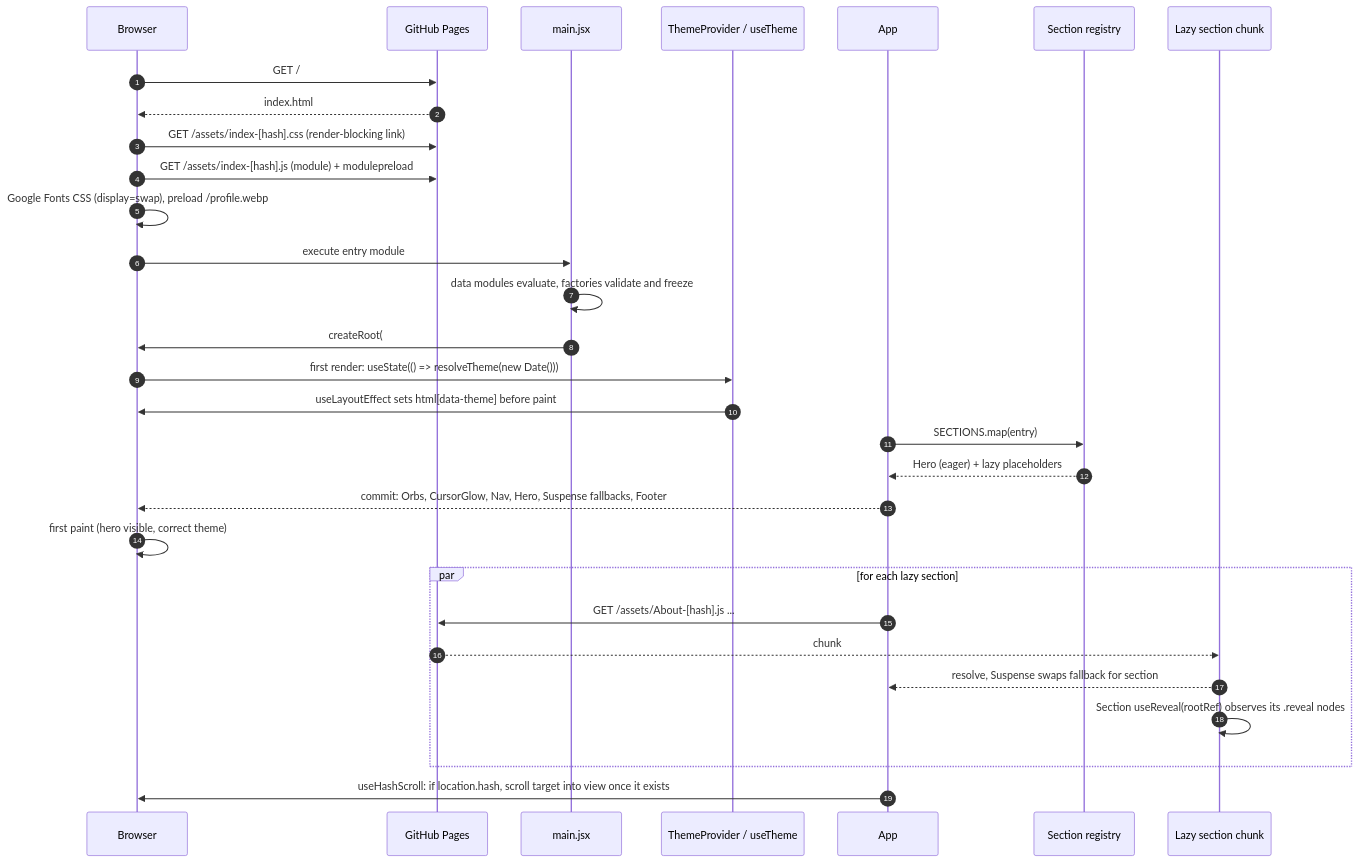
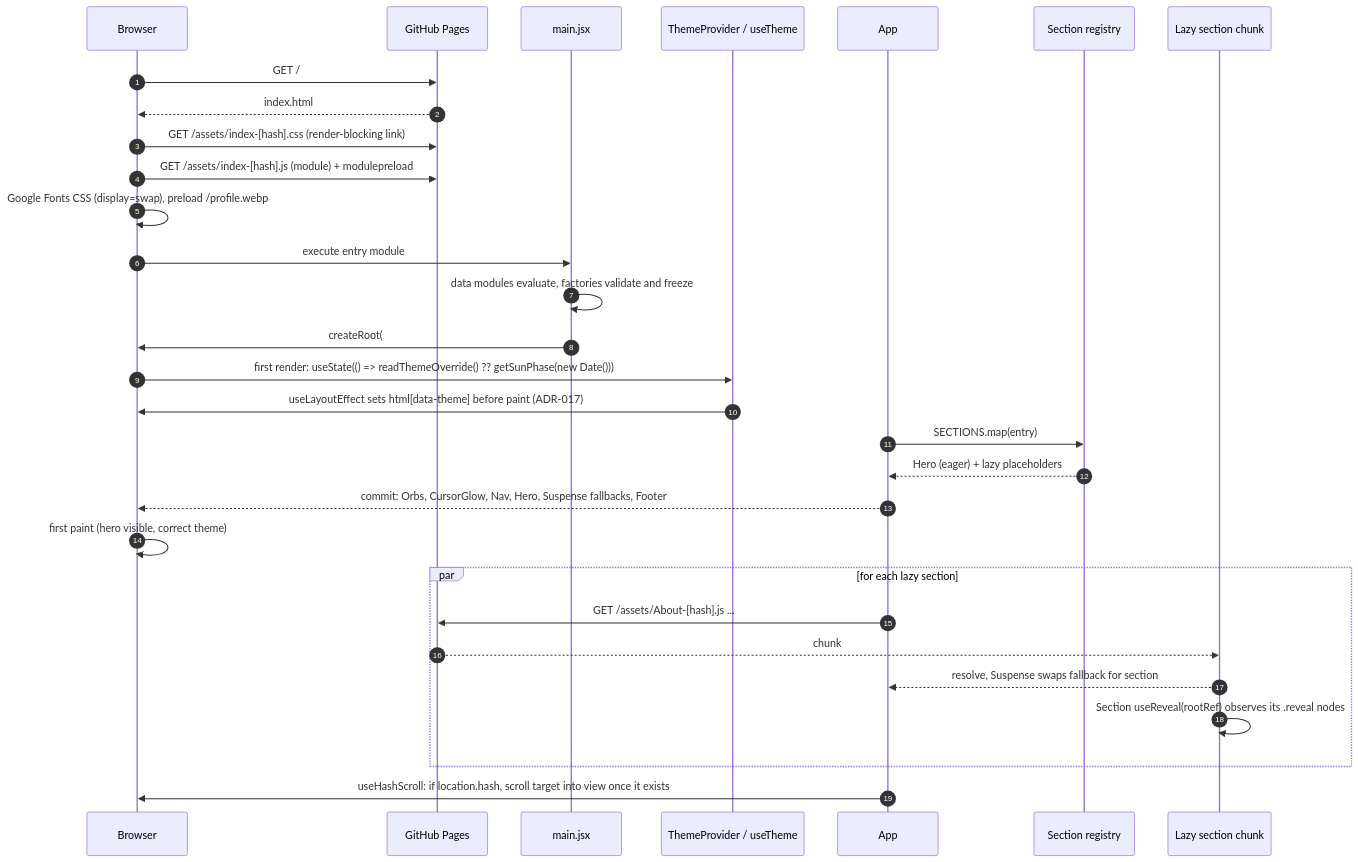
One commit to jeevanandhamsivasankar/jeevanandhamsivasankar.github.io changed the fourth of 12 diagrams in docs/SADS.md. Above: the diagram before and after it, drawn with Mermaid. The commit also changed other lines of this file and 58 other files, not shown here.

````diff
--- a/docs/SADS.md
+++ b/docs/SADS.md
@@ -335,33 +346,33 @@
 ```mermaid
 sequenceDiagram
     autonumber
     participant B as Browser
     participant P as GitHub Pages
     participant M as main.jsx
     participant TP as ThemeProvider / useTheme
     participant A as App
     participant R as Section registry
     participant S as Lazy section chunk
 
     B->>P: GET /
     P-->>B: index.html
     B->>P: GET /assets/index-[hash].css (render-blocking link)
     B->>P: GET /assets/index-[hash].js (module) + modulepreload
     B->>B: Google Fonts CSS (display=swap), preload /profile.webp
     B->>M: execute entry module
     M->>M: data modules evaluate, factories validate and freeze
     M->>B: createRoot(#root).render(StrictMode > ErrorBoundary > App)
-    B->>TP: first render: useState(() => resolveTheme(new Date()))
-    TP->>B: useLayoutEffect sets html[data-theme] before paint
+    B->>TP: first render: useState(() => readThemeOverride() ?? getSunPhase(new Date()))
+    TP->>B: useLayoutEffect sets html[data-theme] before paint (ADR-017)
     A->>R: SECTIONS.map(entry)
     R-->>A: Hero (eager) + lazy placeholders
     A-->>B: commit: Orbs, CursorGlow, Nav, Hero, Suspense fallbacks, Footer
     B->>B: first paint (hero visible, correct theme)
     par for each lazy section
         A->>P: GET /assets/About-[hash].js ...
         P-->>S: chunk
         S-->>A: resolve, Suspense swaps fallback for section
         S->>S: Section useReveal(rootRef) observes its .reveal nodes
     end
     A->>B: useHashScroll: if location.hash, scroll target into view once it exists
 ```
````
